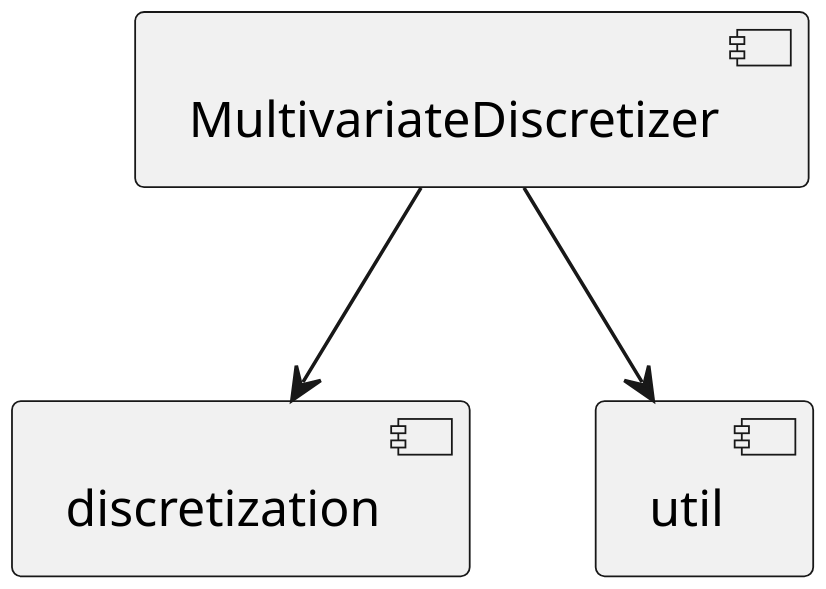
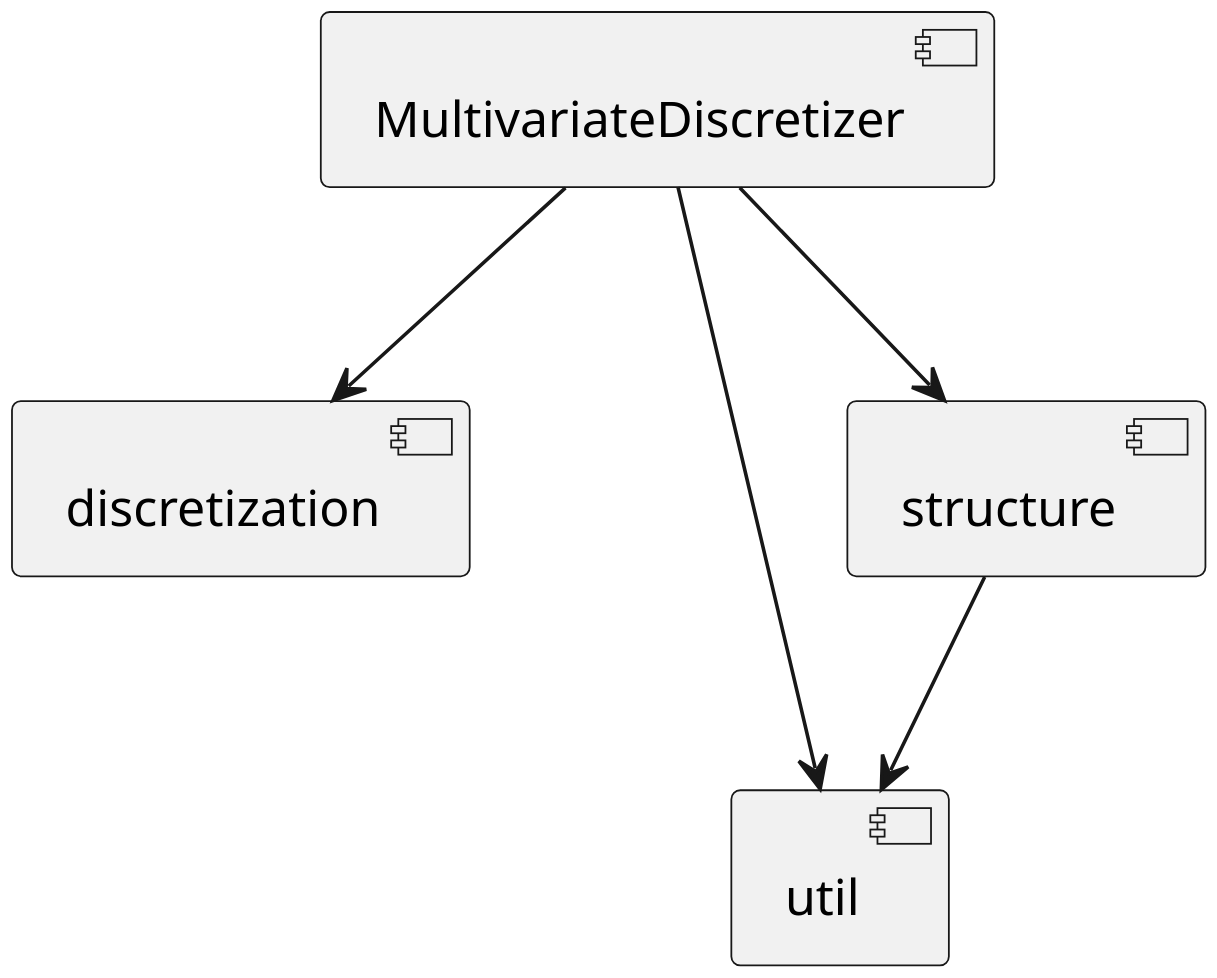
Before and after one commit to zihbot/diplomamunka: the diagram in diagrams/app.puml, drawn with PlantUML. The commit also changed 3 other files, not shown here.

```diff
--- a/diagrams/app.puml
+++ b/diagrams/app.puml
@@ -1,11 +1,14 @@
 @startuml structure
 scale 3
 
-[MultivariateDiscretizer] as main
+[MultivariateDiscretizer] as md
 [discretization] as disc
 [util] as util
+[structure] as stru
 
-main --> disc
-main --> util
+md --> disc
+md --> util
+md --> stru
+stru --> util
 
 @enduml
```
